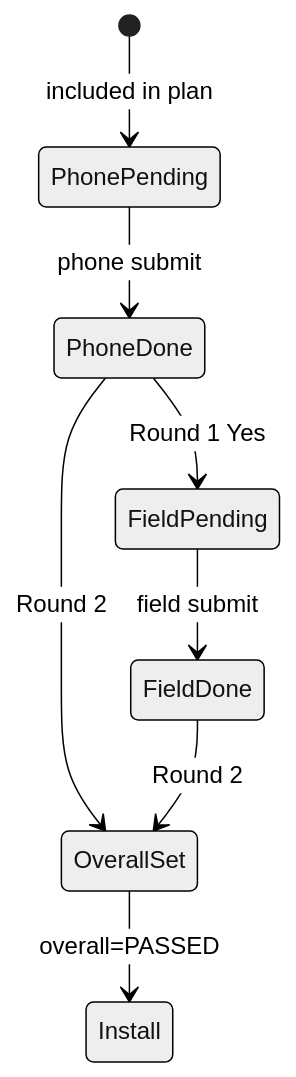
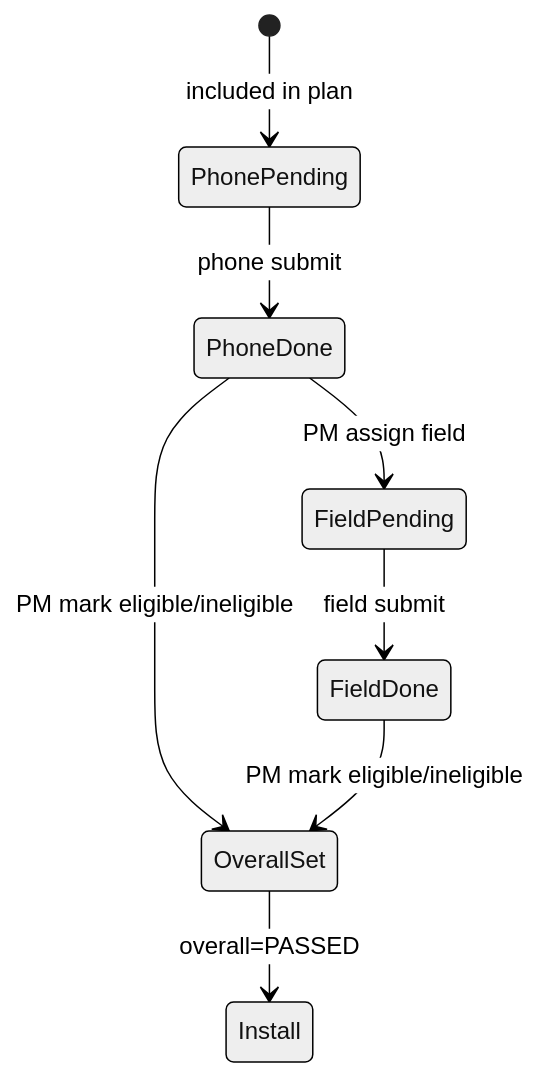
One commit to Selco-Foundation/E4H_Digital_Platform changed the third of 8 diagrams in docs/assessment-module/ASSESSMENT_MODULE_LLD.md. Above: the diagram before and after it, drawn with Mermaid (neutral theme). The commit also changed other lines of this file and 4 other files, not shown here.

````diff
--- a/docs/assessment-module/ASSESSMENT_MODULE_LLD.md
+++ b/docs/assessment-module/ASSESSMENT_MODULE_LLD.md
@@ -124,10 +272,10 @@
 ```mermaid
 stateDiagram-v2
   [*] --> PhonePending: included in plan
   PhonePending --> PhoneDone: phone submit
-  PhoneDone --> FieldPending: Round 1 Yes
-  PhoneDone --> OverallSet: Round 2
+  PhoneDone --> FieldPending: PM assign field
+  PhoneDone --> OverallSet: PM mark eligible/ineligible
   FieldPending --> FieldDone: field submit
-  FieldDone --> OverallSet: Round 2
+  FieldDone --> OverallSet: PM mark eligible/ineligible
   OverallSet --> Install: overall=PASSED
 ```
````
